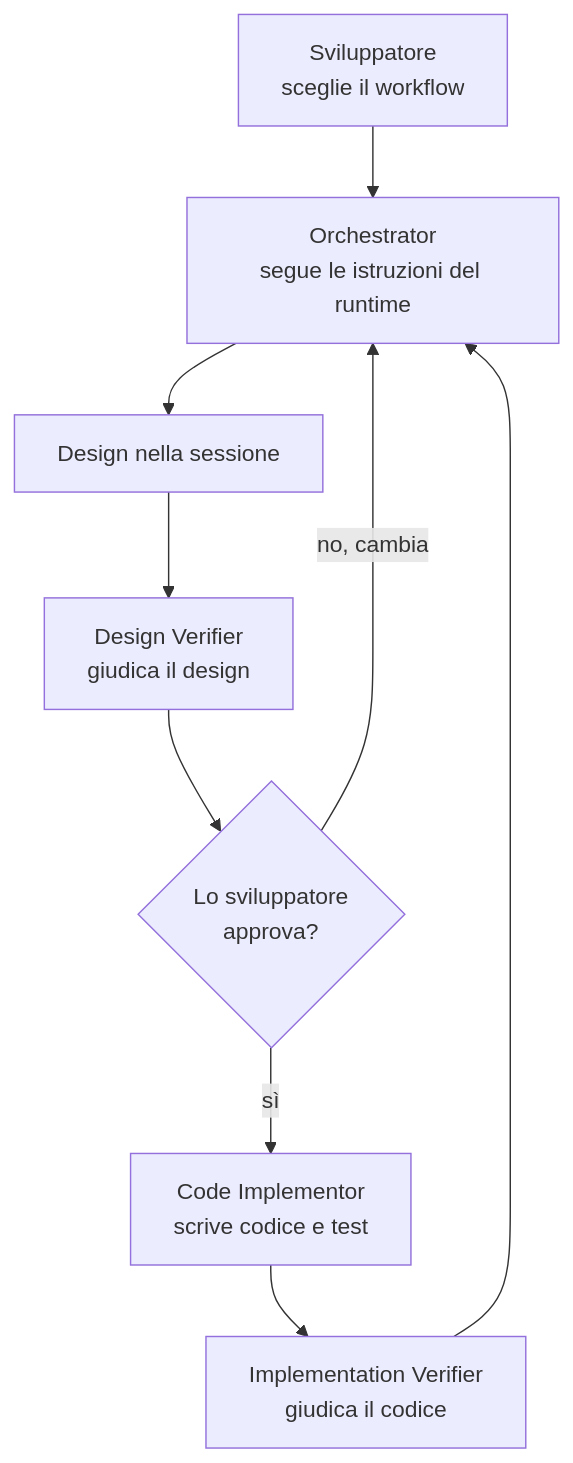
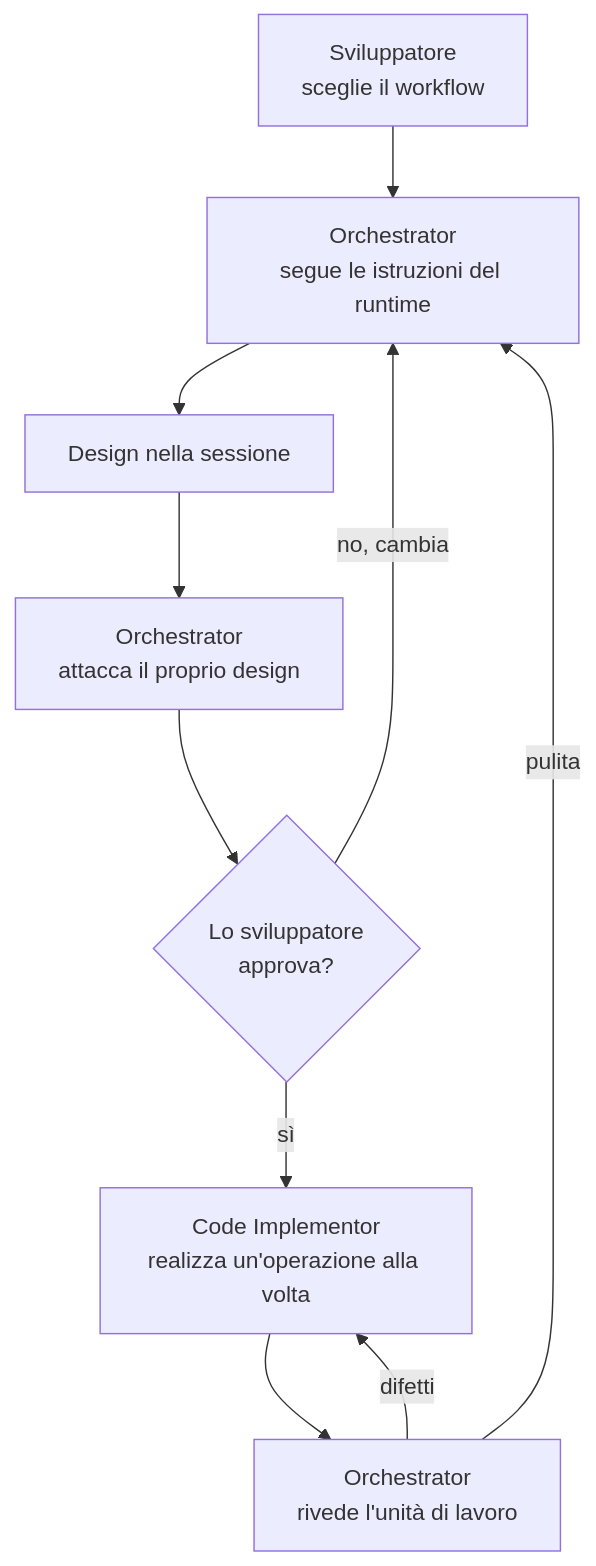
The diagram in orchestrator/principi/01-autorita-delimitata.md (violabg/agentic-system-lessons), drawn with Mermaid before and after one commit. The commit also changed other lines of this file and 69 other files, not shown here.

````diff
--- a/orchestrator/principi/01-autorita-delimitata.md
+++ b/orchestrator/principi/01-autorita-delimitata.md
@@ -34,11 +33,12 @@
 ```mermaid
 flowchart TD
     Dev[Sviluppatore<br/>sceglie il workflow] --> Orch[Orchestrator<br/>segue le istruzioni del runtime]
     Orch --> Design[Design nella sessione]
-    Design --> DV[Design Verifier<br/>giudica il design]
-    DV --> Review{Lo sviluppatore<br/>approva?}
+    Design --> Self[Orchestrator<br/>attacca il proprio design]
+    Self --> Review{Lo sviluppatore<br/>approva?}
     Review -->|no, cambia| Orch
-    Review -->|sì| CI[Code Implementor<br/>scrive codice e test]
-    CI --> IV[Implementation Verifier<br/>giudica il codice]
-    IV --> Orch
+    Review -->|sì| CI[Code Implementor<br/>realizza un'operazione alla volta]
+    CI --> Check[Orchestrator<br/>rivede l'unità di lavoro]
+    Check -->|difetti| CI
+    Check -->|pulita| Orch
 ```
````
